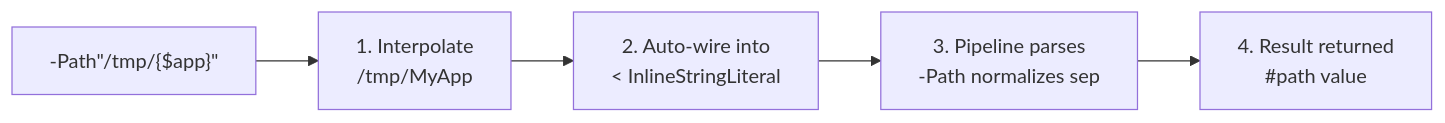
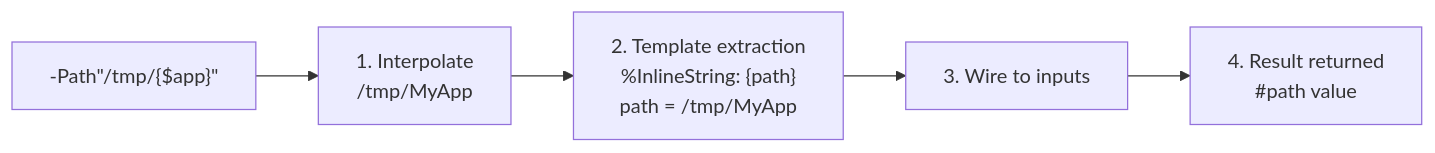
Before and after one commit to hasan-alj88/Polyglot: the diagram in docs/user/concepts/pipelines/inline-calls.md, drawn with Mermaid. The commit also changed other lines of this file and 19 other files, not shown here.

First line of the commit message:
docs: replace <InlineStringLiteral with %InlineString template system (#280)

````diff
--- a/docs/user/concepts/pipelines/inline-calls.md
+++ b/docs/user/concepts/pipelines/inline-calls.md
@@ -37,10 +43,10 @@
 ```mermaid
 flowchart LR
     RAW["-Path&quot;/tmp/{$app}&quot;"]
     INTERP["1. Interpolate\n/tmp/MyApp"]
-    WIRE["2. Auto-wire into\n< InlineStringLiteral"]
-    PARSE["3. Pipeline parses\n-Path normalizes sep"]
+    EXTRACT["2. Template extraction\n%InlineString: {path}\npath = /tmp/MyApp"]
+    WIRE["3. Wire to inputs\n<path << /tmp/MyApp"]
     RESULT["4. Result returned\n#path value"]
 
-    RAW --> INTERP --> WIRE --> PARSE --> RESULT
+    RAW --> INTERP --> EXTRACT --> WIRE --> RESULT
 ```
````
